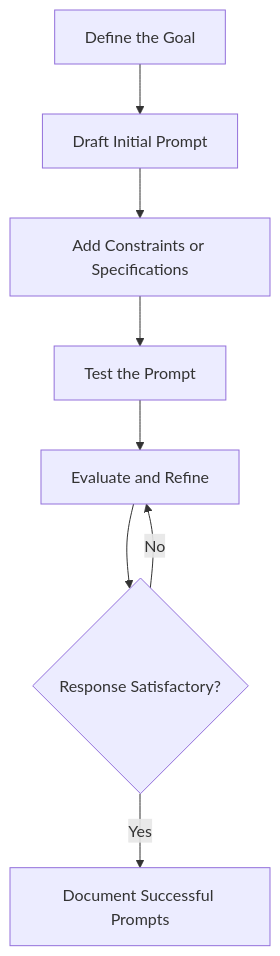
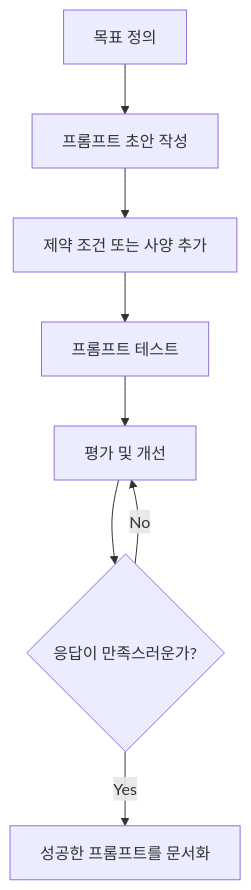
One commit to bit2r/chatGPT changed the diagram in prompt.qmd. Above: the diagram before and after it, drawn with Mermaid. The commit also changed other lines of this file and 22 other files, not shown here.

````diff
--- a/prompt.qmd
+++ b/prompt.qmd
@@ -161,10 +195,11 @@
 ```{mermaid}
+
 graph TB
-A[Define the Goal] --> B[Draft Initial Prompt]
-B --> C[Add Constraints or Specifications]
-C --> D[Test the Prompt]
-D --> E[Evaluate and Refine]
-E --> F{Response Satisfactory?}
-F -- Yes --> G[Document Successful Prompts]
+A[목표 정의] --> B[프롬프트 초안 작성]
+B --> C[제약 조건 또는 사양 추가]
+C --> D[프롬프트 테스트]
+D --> E[평가 및 개선]
+E --> F{응답이 만족스러운가?}
+F -- Yes --> G[성공한 프롬프트를 문서화]
 F -- No --> E
 ```
````
